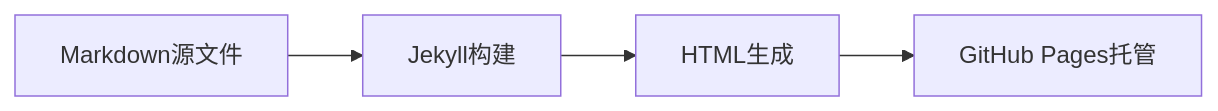
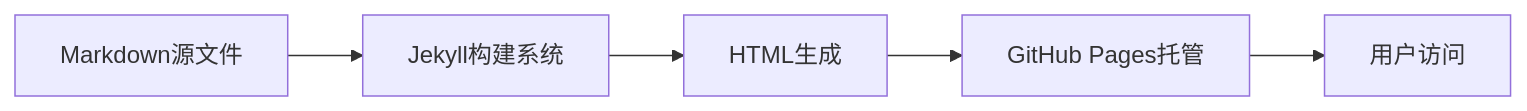
Before and after one commit to wayyoungboy/github-trending-reporter: the fourth of 5 diagrams in reports/2026/01/2026-01-12.md, drawn with Mermaid. The commit also changed other lines of this file and 1 other file, not shown here.

````diff
--- a/reports/2026/01/2026-01-12.md
+++ b/reports/2026/01/2026-01-12.md
@@ -216,6 +213,7 @@
 ```mermaid
 graph LR
-    A[Markdown源文件] --> B[Jekyll构建]
+    A[Markdown源文件] --> B[Jekyll构建系统]
     B --> C[HTML生成]
     C --> D[GitHub Pages托管]
+    D --> E[用户访问]
 ```
````
